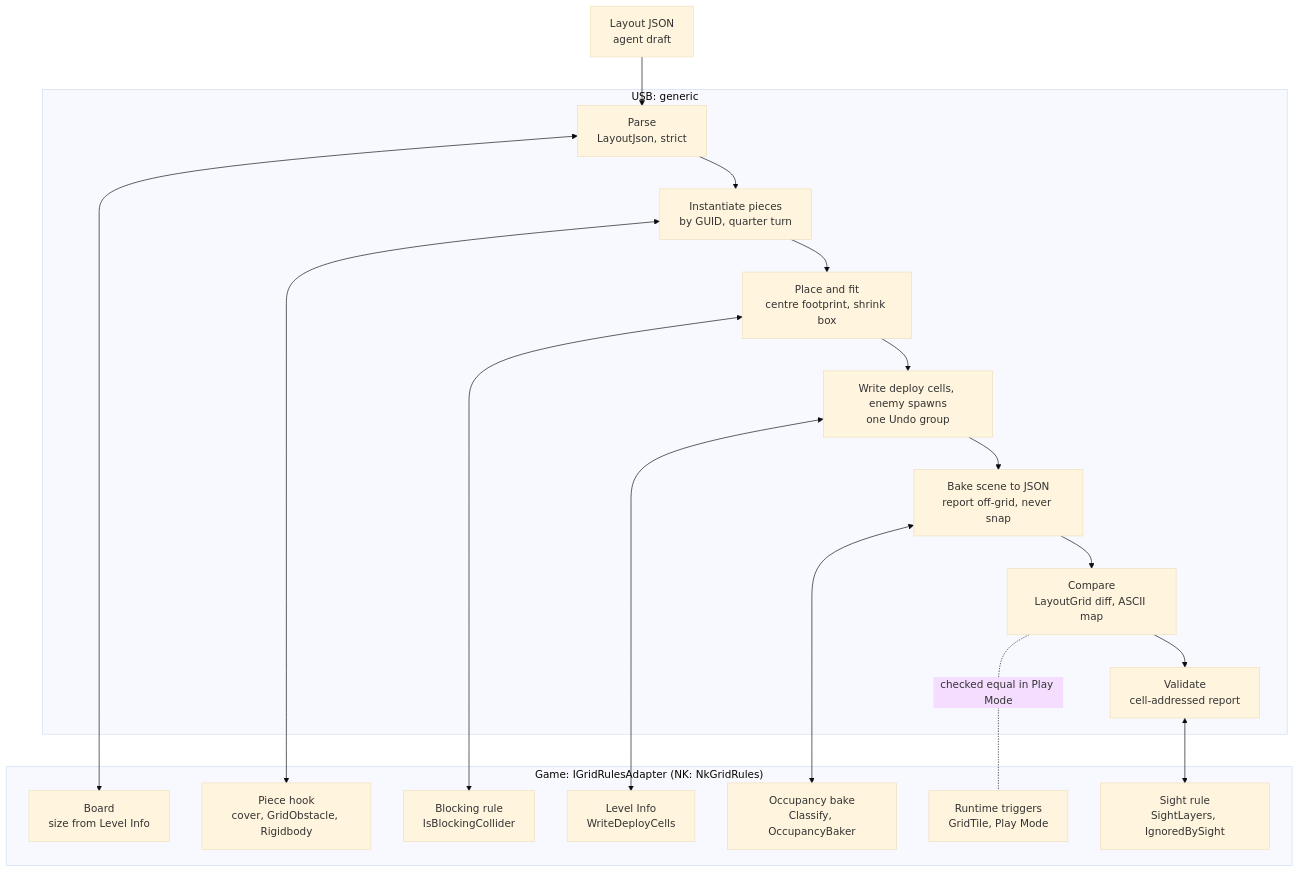
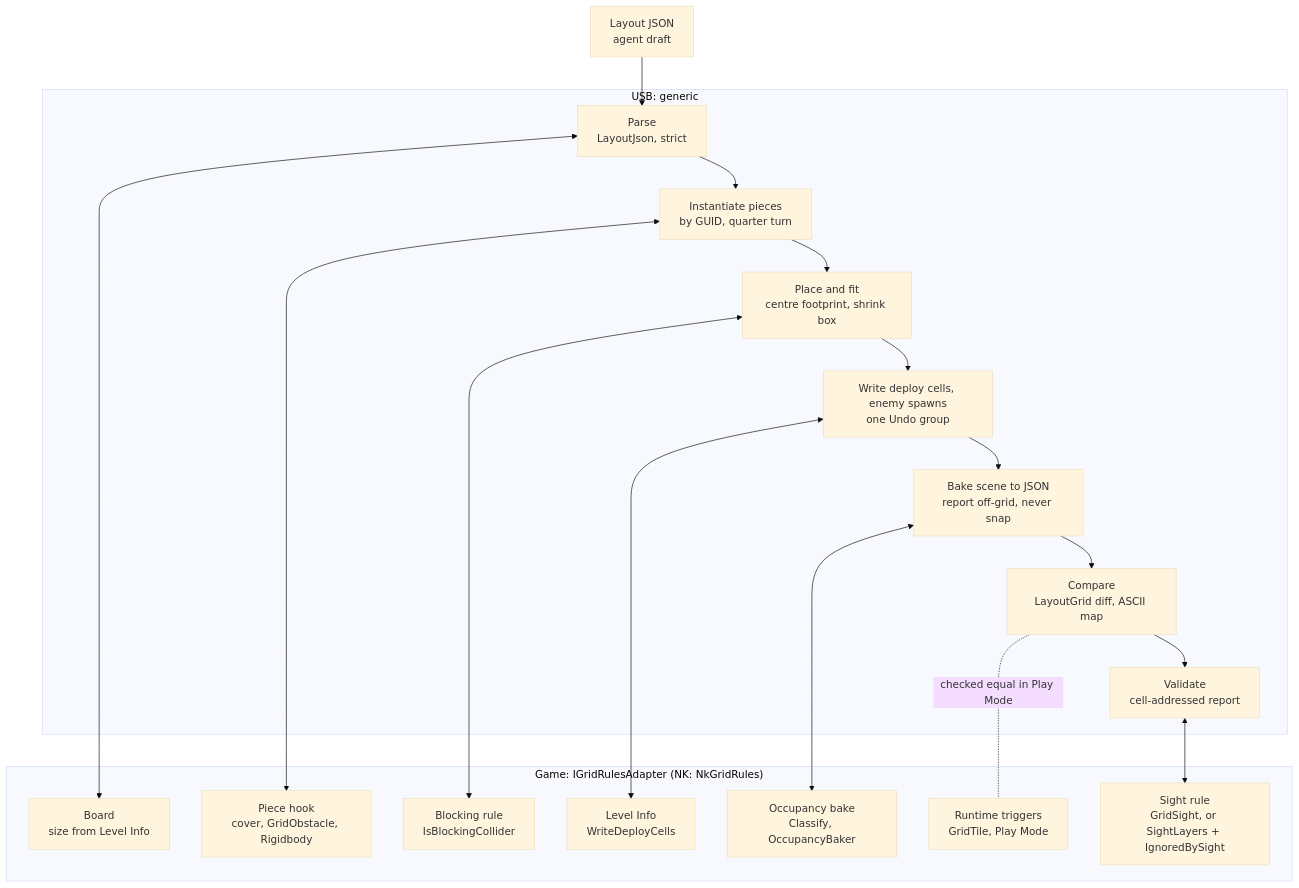
The diagram in docs/grid-layouts.md (Programalyst/unity-semantic-bridge), drawn with Mermaid (base theme) before and after one commit. The commit also changed other lines of this file and 5 other files, not shown here.

````diff
--- a/docs/grid-layouts.md
+++ b/docs/grid-layouts.md
@@ -63,31 +63,31 @@
 ```mermaid
 flowchart TB
     json["Layout JSON<br/>agent draft"]
     subgraph usb["USB: generic"]
         parse["Parse<br/>LayoutJson, strict"]
         inst["Instantiate pieces<br/>by GUID, quarter turn"]
         place["Place and fit<br/>centre footprint, shrink box"]
         deploy["Write deploy cells, enemy spawns<br/>one Undo group"]
         bake["Bake scene to JSON<br/>report off-grid, never snap"]
         compare["Compare<br/>LayoutGrid diff, ASCII map"]
         validate["Validate<br/>cell-addressed report"]
         parse --> inst --> place --> deploy --> bake --> compare --> validate
     end
     subgraph game["Game: IGridRulesAdapter (NK: NkGridRules)"]
         board["Board<br/>size from Level Info"]
         hook["Piece hook<br/>cover, GridObstacle, Rigidbody"]
         blocking["Blocking rule<br/>IsBlockingCollider"]
         level["Level Info<br/>WriteDeployCells"]
         occ["Occupancy bake<br/>Classify, OccupancyBaker"]
         runtime["Runtime triggers<br/>GridTile, Play Mode"]
-        sight["Sight rule<br/>SightLayers, IgnoredBySight"]
+        sight["Sight rule<br/>GridSight, or SightLayers + IgnoredBySight"]
     end
     json --> parse
     parse <--> board
     inst <--> hook
     place <--> blocking
     deploy <--> level
     bake <--> occ
     validate <--> sight
     compare -. "checked equal in Play Mode" .- runtime
 ```
````
